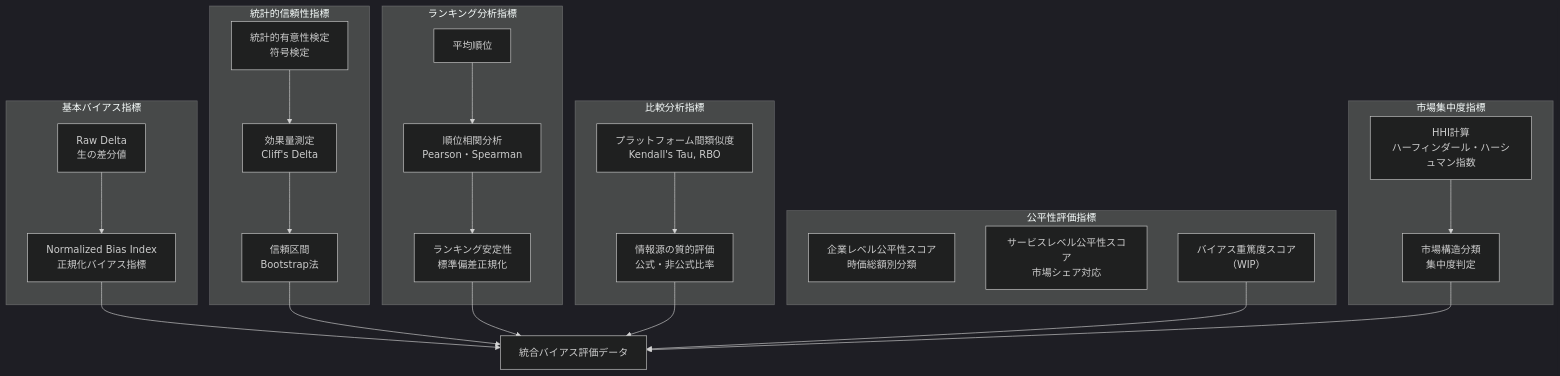
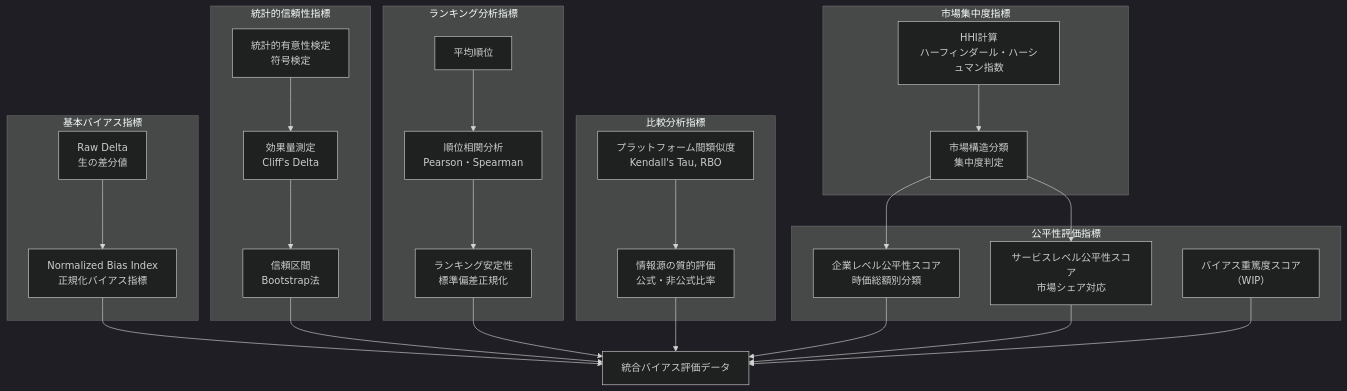
The third of 5 diagrams in docs/cyber_university/システムアーキテクチャ図.md (Naoya-Yasuda/corporate_bias_study), drawn with Mermaid (dark theme) before and after one commit. The commit also changed other lines of this file and 1 other file, not shown here.

Commit message:
システム全体構成図とダッシュボードシステム構成図を更新し、公平性スコアに関する表現を明確化しました。また、HHIの定義を数式形式に修正し、解釈基準を整理しました。これにより、分析の理解が深まります。

````diff
--- a/docs/cyber_university/システムアーキテクチャ図.md
+++ b/docs/cyber_university/システムアーキテクチャ図.md
@@ -95,37 +98,40 @@
 ```mermaid
 graph TD
     subgraph "基本バイアス指標"
         A[Raw Delta<br/>生の差分値] --> B[Normalized Bias Index<br/>正規化バイアス指標]
     end
 
     subgraph "統計的信頼性指標"
         C[統計的有意性検定<br/>符号検定] --> D[効果量測定<br/>Cliff's Delta]
         D --> E[信頼区間<br/>Bootstrap法]
     end
 
     subgraph "ランキング分析指標"
         F[平均順位] --> G[順位相関分析<br/>Pearson・Spearman]
         G --> H[ランキング安定性<br/>標準偏差正規化]
     end
 
     subgraph "比較分析指標"
         I[プラットフォーム間類似度<br/>Kendall's Tau, RBO] --> J[情報源の質的評価<br/>公式・非公式比率]
     end
 
+    subgraph "市場集中度指標"
+        N[HHI計算<br/>ハーフィンダール・ハーシュマン指数] --> O[市場構造分類<br/>集中度判定]
+    end
+
     subgraph "公平性評価指標"
         K[企業レベル公平性スコア<br/>時価総額別分類]
         L[サービスレベル公平性スコア<br/>市場シェア対応]
         M[バイアス重篤度スコア<br/>（WIP）]
     end
 
-    subgraph "市場集中度指標"
-        N[HHI計算<br/>ハーフィンダール・ハーシュマン指数] --> O[市場構造分類<br/>集中度判定]
-    end
-
     B --> P[統合バイアス評価データ]
     E --> P
     H --> P
     J --> P
+    O --> K
+    O --> L
+    K --> P
+    L --> P
     M --> P
-    O --> P
 ```
````
